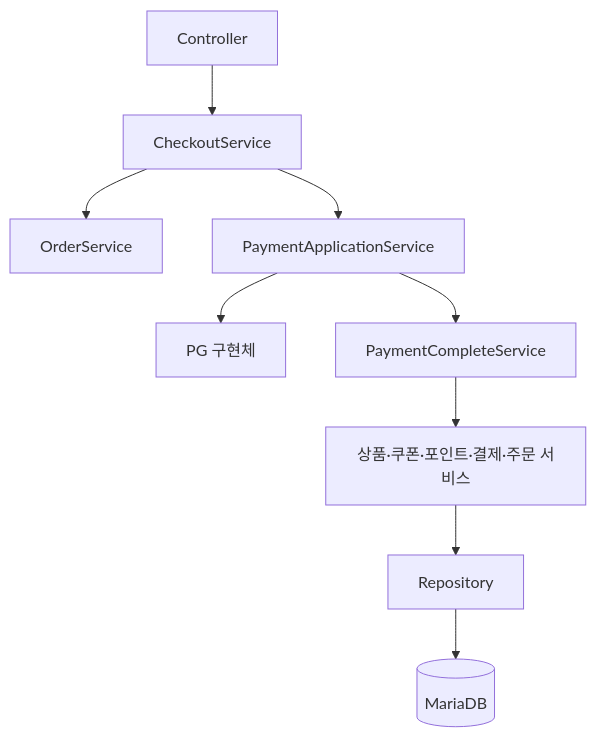
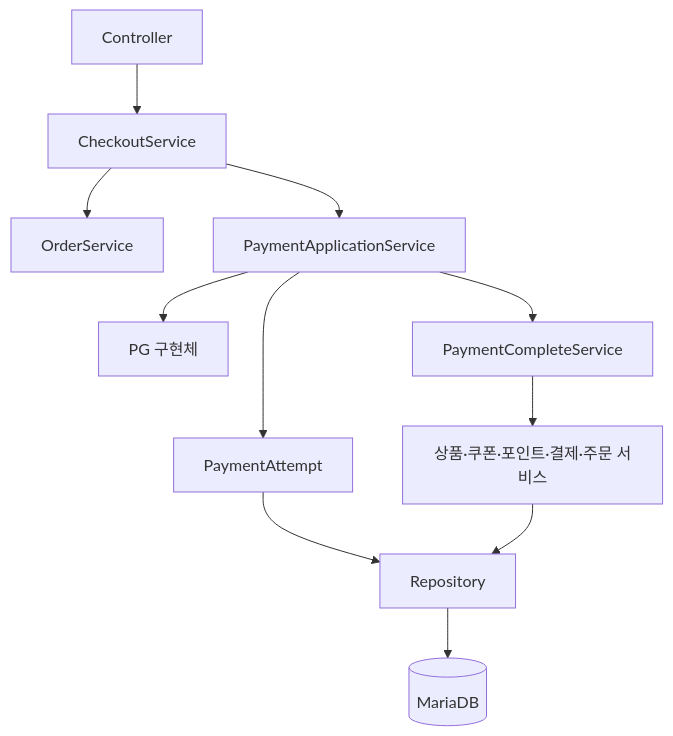
Before and after one commit to leedoohee/fnb-front-backend-api: the first of 3 diagrams in README.md, drawn with Mermaid. The commit also changed other lines of this file, not shown here.

First line of the commit message:
Revise authorization and payment flow details in README

````diff
--- a/README.md
+++ b/README.md
@@ -39,11 +39,13 @@
 ```mermaid
 flowchart TD
     C["Controller"] --> CO["CheckoutService"]
     CO --> O["OrderService"]
     CO --> PA["PaymentApplicationService"]
     PA --> PG["PG 구현체"]
+    PA --> AT["PaymentAttempt"]
     PA --> PC["PaymentCompleteService"]
     PC --> DS["상품·쿠폰·포인트·결제·주문 서비스"]
-    DS --> R["Repository"]
+    AT --> R["Repository"]
+    DS --> R
     R --> DB[("MariaDB")]
 ```
````
